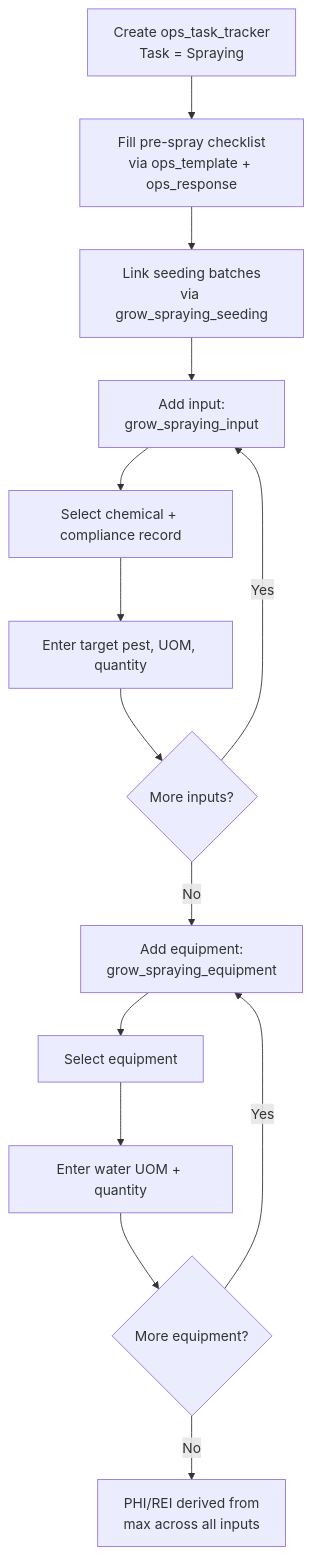
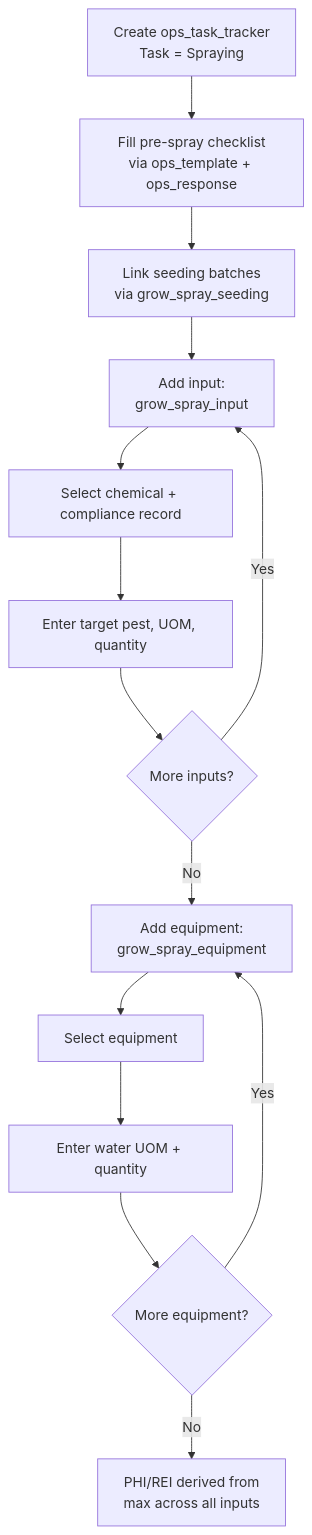
One commit to Hawaii-Farming/aloha-app changed the diagram in docs/processes/20260324_06_grow_spraying_workflow.md. Above: the diagram before and after it, drawn with Mermaid. The commit also changed other lines of this file and 24 other files, not shown here.

First line of the commit message:
Rename grow activity tables: seeding→seed_batch, harvesting→harvest, scouting→scout, spraying→spray

````diff
--- a/docs/processes/20260324_06_grow_spraying_workflow.md
+++ b/docs/processes/20260324_06_grow_spraying_workflow.md
@@ -69,16 +69,16 @@
 ```mermaid
 flowchart TD
     A[Create ops_task_tracker\nTask = Spraying] --> B[Fill pre-spray checklist\nvia ops_template + ops_response]
-    B --> C[Link seeding batches\nvia grow_spraying_seeding]
-    C --> D[Add input:\ngrow_spraying_input]
+    B --> C[Link seeding batches\nvia grow_spray_seeding]
+    C --> D[Add input:\ngrow_spray_input]
     D --> D1[Select chemical + compliance record]
     D1 --> D2[Enter target pest, UOM, quantity]
     D2 --> D3{More inputs?}
     D3 -->|Yes| D
-    D3 -->|No| E[Add equipment:\ngrow_spraying_equipment]
+    D3 -->|No| E[Add equipment:\ngrow_spray_equipment]
     E --> E1[Select equipment]
     E1 --> E2[Enter water UOM + quantity]
     E2 --> E3{More equipment?}
     E3 -->|Yes| E
     E3 -->|No| F[PHI/REI derived from\nmax across all inputs]
 ```
````
